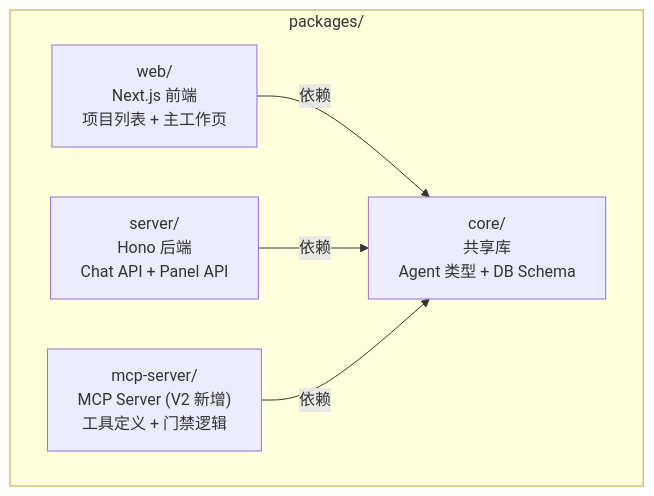
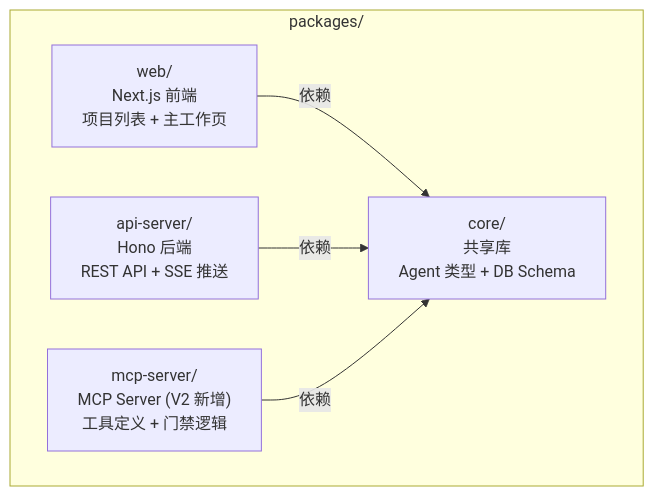
The eighth of 9 diagrams in docs/v2-s2-architecture.md (goodwinfame/moran-ai), drawn with Mermaid before and after one commit. The commit also changed 2 other files, not shown here.

Commit message:
docs: fix last doc inconsistency (server->api-server) and add implementation master plan
Fix v2-s2 stale reference, mark all doc inconsistencies as resolved
in AGENTS.md, and create specs/IMPLEMENTATION-PLAN.md as the
persistent development roadmap for session continuity.

````diff
--- a/docs/v2-s2-architecture.md
+++ b/docs/v2-s2-architecture.md
@@ -231,13 +231,13 @@
 ```mermaid
 graph TD
   subgraph Monorepo["packages/"]
     Web["web/<br/>Next.js 前端<br/>项目列表 + 主工作页"]
-    Server["server/<br/>Hono 后端<br/>Chat API + Panel API"]
+    Server["api-server/<br/>Hono 后端<br/>REST API + SSE 推送"]
     Core["core/<br/>共享库<br/>Agent 类型 + DB Schema"]
     MCPServer["mcp-server/<br/>MCP Server (V2 新增)<br/>工具定义 + 门禁逻辑"]
   end
 
   Web -->|"依赖"| Core
   Server -->|"依赖"| Core
   MCPServer -->|"依赖"| Core
 ```
````
